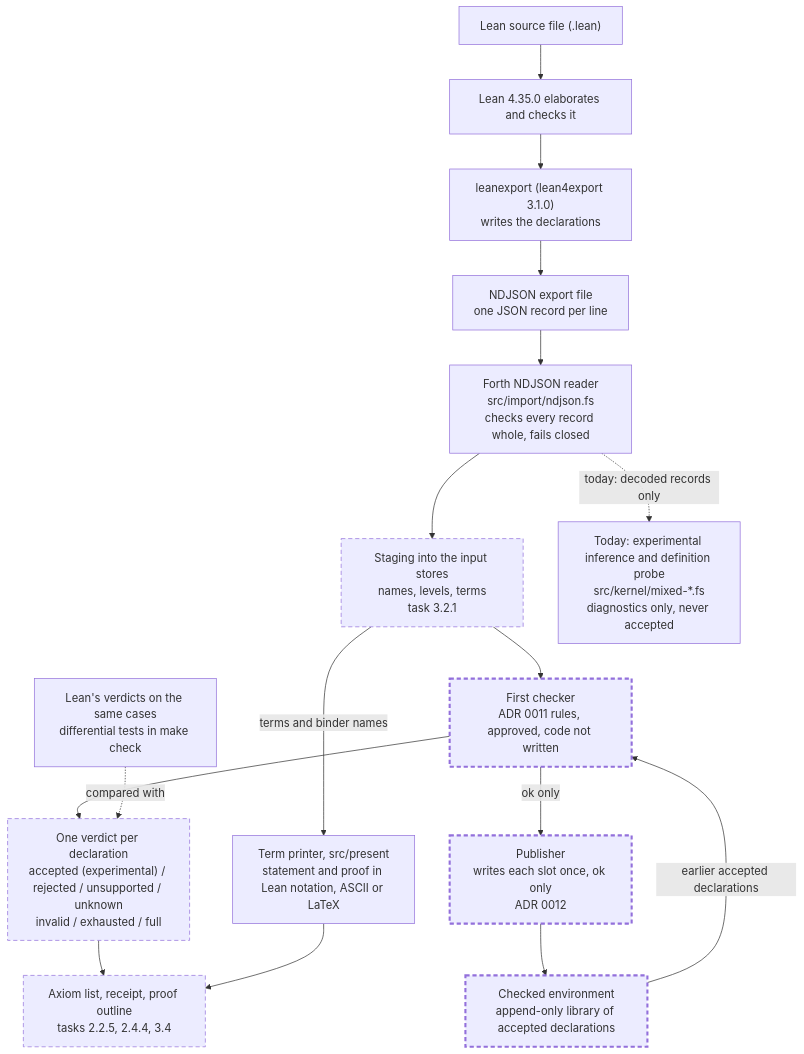
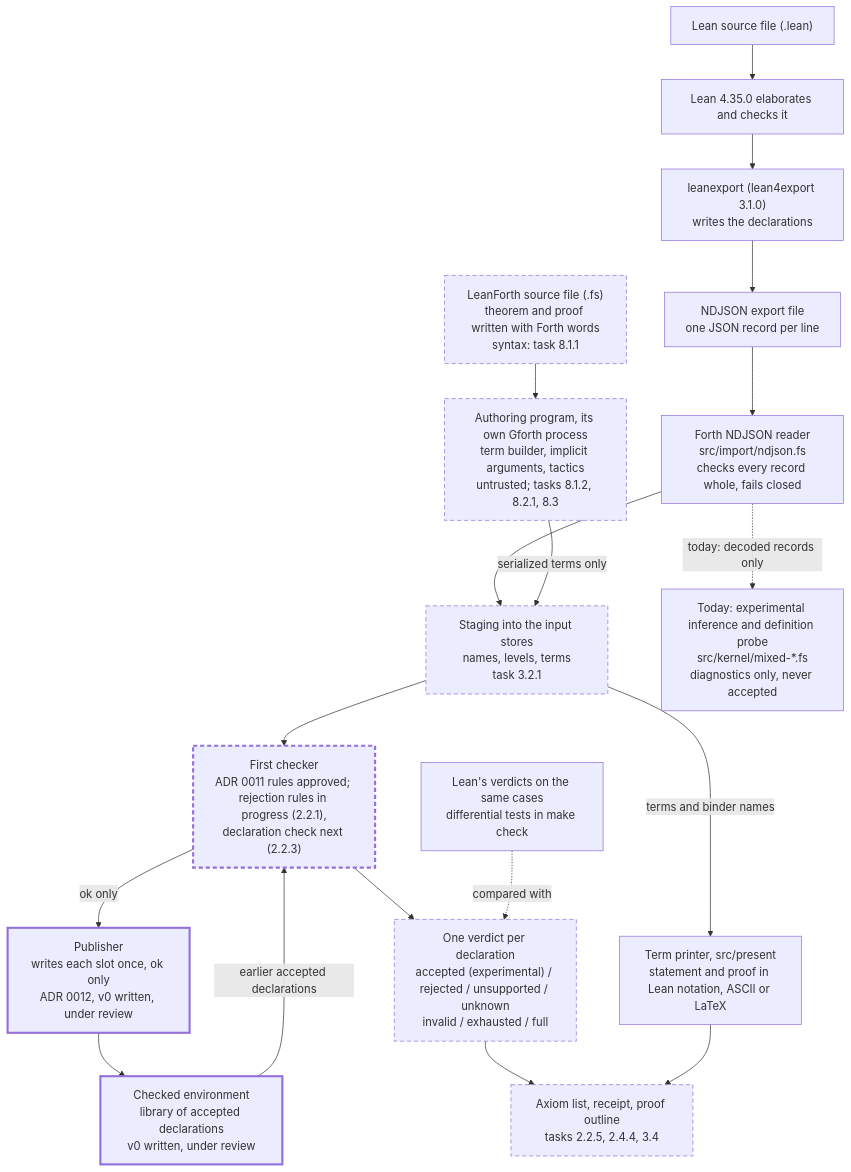
One commit to pmilford/LeanForth changed the first of 2 diagrams in docs/user/WORKFLOWS.md. Above: the diagram before and after it, drawn with Mermaid. The commit also changed other lines of this file, not shown here.

First line of the commit message:
Show the planned LeanForth-source route in the theorem workflow

````diff
--- a/docs/user/WORKFLOWS.md
+++ b/docs/user/WORKFLOWS.md
@@ -16,33 +28,38 @@
 ```mermaid
 flowchart TD
   src["Lean source file (.lean)"]
+  lfsrc["LeanForth source file (.fs)<br/>theorem and proof written with Forth words<br/>syntax: task 8.1.1"]
+  author["Authoring program, its own Gforth process<br/>term builder, implicit arguments, tactics<br/>untrusted; tasks 8.1.2, 8.2.1, 8.3"]
   lean["Lean 4.35.0 elaborates and checks it"]
   exp["leanexport (lean4export 3.1.0)<br/>writes the declarations"]
   nd["NDJSON export file<br/>one JSON record per line"]
   rd["Forth NDJSON reader<br/>src/import/ndjson.fs<br/>checks every record whole, fails closed"]
   stage["Staging into the input stores<br/>names, levels, terms<br/>task 3.2.1"]
   probe["Today: experimental inference and definition probe<br/>src/kernel/mixed-*.fs<br/>diagnostics only, never accepted"]
-  chk["First checker<br/>ADR 0011 rules, approved, code not written"]
-  pub["Publisher<br/>writes each slot once, ok only<br/>ADR 0012"]
-  env["Checked environment<br/>append-only library of accepted declarations"]
+  chk["First checker<br/>ADR 0011 rules approved; rejection rules in progress (2.2.1),<br/>declaration check next (2.2.3)"]
+  pub["Publisher<br/>writes each slot once, ok only<br/>ADR 0012, v0 written, under review"]
+  env["Checked environment<br/>library of accepted declarations<br/>v0 written, under review"]
   out["One verdict per declaration<br/>accepted (experimental) / rejected / unsupported / unknown<br/>invalid / exhausted / full"]
   print["Term printer, src/present<br/>statement and proof in Lean notation, ASCII or LaTeX"]
   more["Axiom list, receipt, proof outline<br/>tasks 2.2.5, 2.4.4, 3.4"]
   ref["Lean's verdicts on the same cases<br/>differential tests in make check"]
 
   src --> lean --> exp --> nd --> rd
-  rd --> stage --> chk
-  rd -. "today: decoded records only" .-> probe
-  stage -- "terms and binder names" --> print
-  chk --> out --> more
-  print --> more
+  lfsrc --> author
+  rd --> stage
+  author -- "serialized terms only" --> stage
+  stage --> chk
   chk -- "ok only" --> pub --> env
   env -- "earlier accepted declarations" --> chk
+  chk --> out --> more
+  stage -- "terms and binder names" --> print
+  print --> more
+  rd -. "today: decoded records only" .-> probe
   ref -. "compared with" .-> out
 
   classDef planned stroke-dasharray: 6 4
   classDef gate stroke-width: 3px
-  class stage,pub,env,out,more planned
+  class stage,out,more,lfsrc,author planned
   class chk planned
   class chk,pub,env gate
 ```
````
